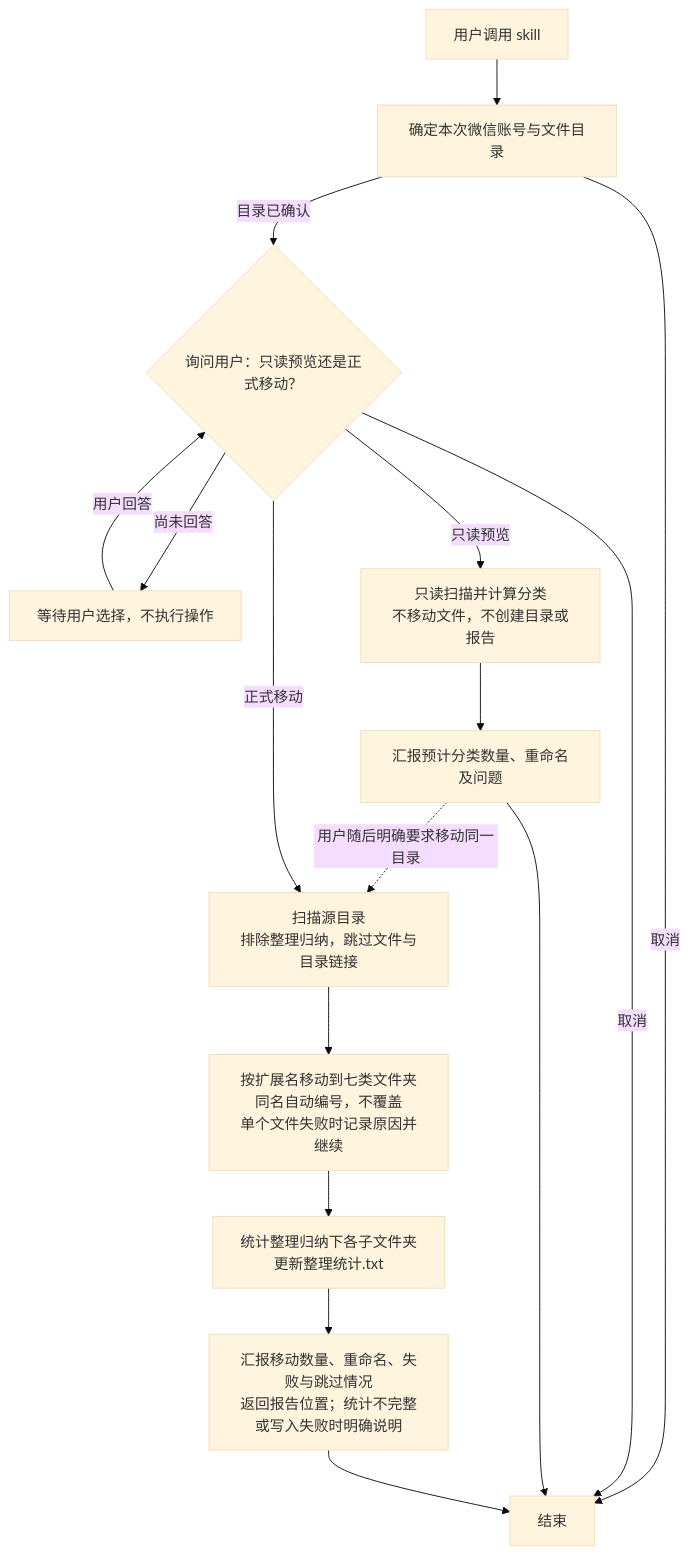
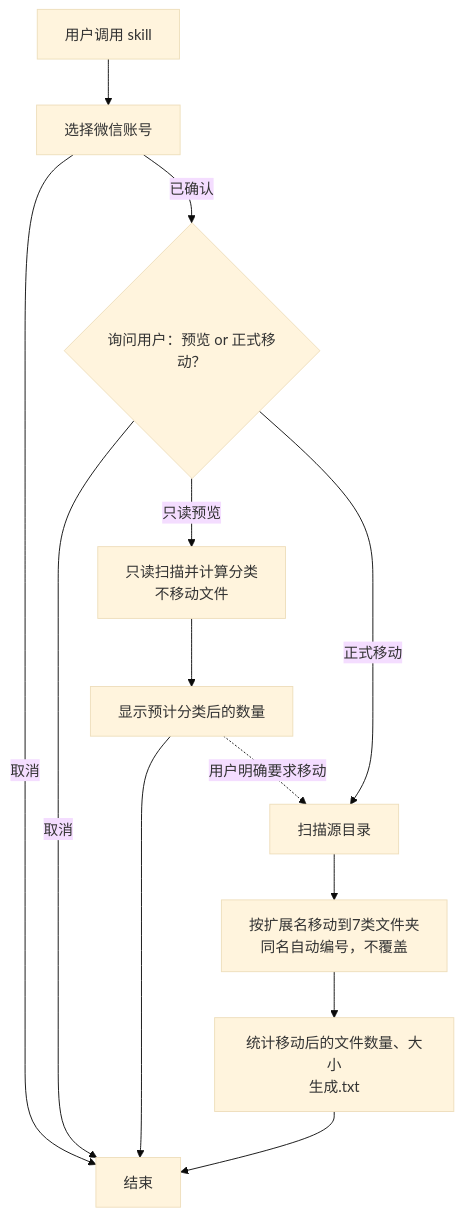
Before and after one commit to WipeMyScreen/wechat-download-files-organizer: the diagram in README.md, drawn with Mermaid (base theme).

Commit message:
精简readme

````diff
--- a/README.md
+++ b/README.md
@@ -15,20 +15,17 @@
 ```mermaid
 flowchart TD
-    A["用户调用 skill"] --> B["确定本次微信账号与文件目录"]
-    B -->|目录已确认| C{"询问用户：只读预览还是正式移动？"}
+    A["用户调用 skill"] --> B["选择微信账号"]
+    B -->|已确认| C{"询问用户：预览 or 正式移动？"}
     B -->|取消| Z["结束"]
-    C -->|尚未回答| W["等待用户选择，不执行操作"]
-    W -->|用户回答| C
     C -->|取消| Z
 
-    C -->|只读预览| P["只读扫描并计算分类<br/>不移动文件，不创建目录或报告"]
-    P --> Q["汇报预计分类数量、重命名及问题"]
+    C -->|只读预览| P["只读扫描并计算分类<br/>不移动文件"]
+    P --> Q["显示预计分类后的数量"]
     Q --> Z
-    Q -.->|用户随后明确要求移动同一目录| M
+    Q -.->|用户明确要求移动| M
 
-    C -->|正式移动| M["扫描源目录<br/>排除整理归纳，跳过文件与目录链接"]
-    M --> N["按扩展名移动到七类文件夹<br/>同名自动编号，不覆盖<br/>单个文件失败时记录原因并继续"]
-    N --> S["统计整理归纳下各子文件夹<br/>更新整理统计.txt"]
-    S --> R["汇报移动数量、重命名、失败与跳过情况<br/>返回报告位置；统计不完整或写入失败时明确说明"]
-    R --> Z
+    C -->|正式移动| M["扫描源目录"]
+    M --> N["按扩展名移动到7类文件夹<br/>同名自动编号，不覆盖"]
+    N --> S["统计移动后的文件数量、大小<br/>生成.txt"]
+    S --> Z
 ```
````
